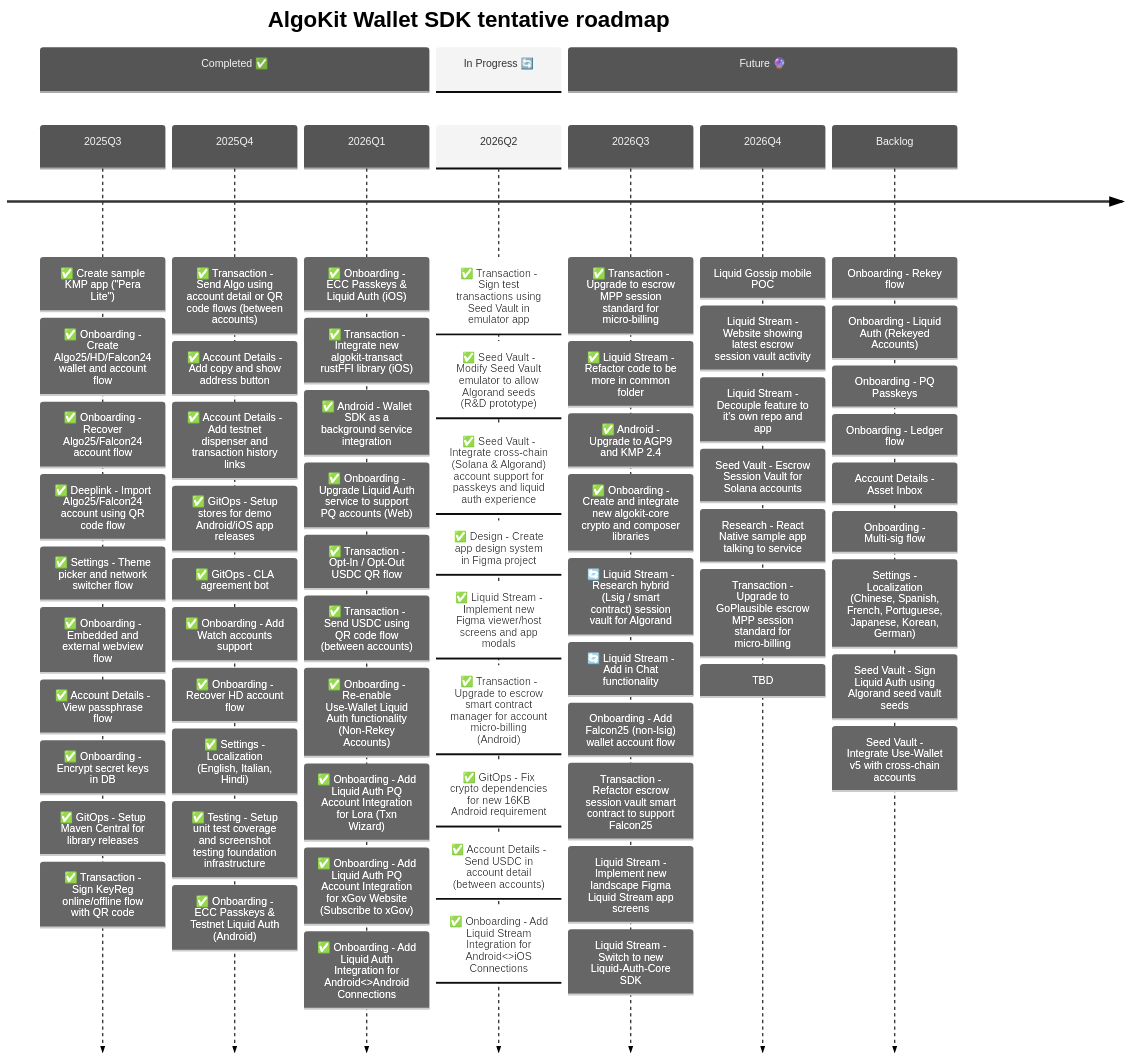
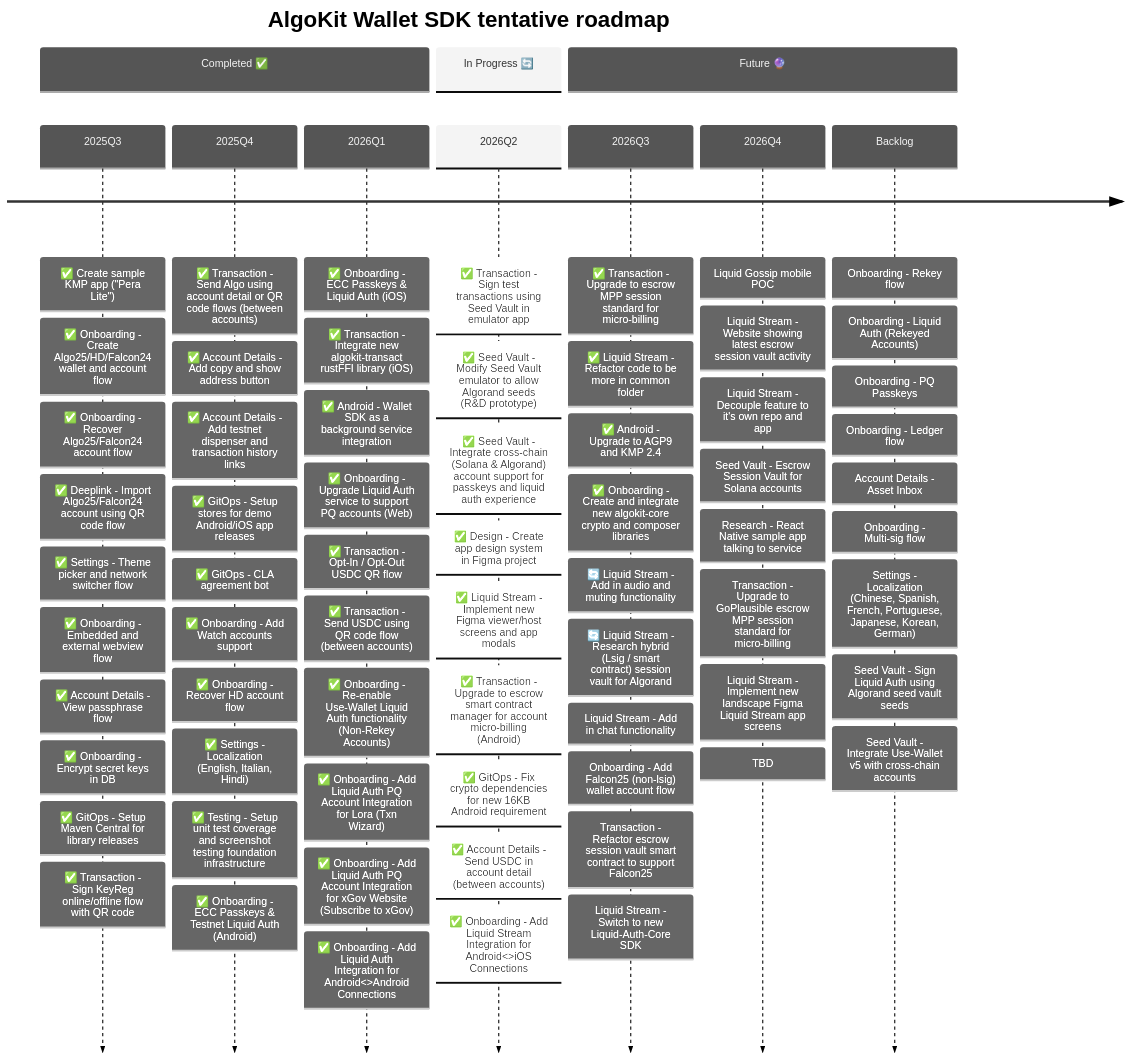
The second of 3 diagrams in README.md (michaeltchuangllc/algokit-walletsdk-kmp), drawn with Mermaid before and after one commit. The commit also changed 30 other files, not shown here.

Commit message:
feat: audio/video track added to liquid auth stream (#366)

```diff
--- a/README.md
+++ b/README.md
@@ -124,11 +124,11 @@
              : ✅ Liquid Stream - Refactor code to be more in common folder
              : ✅ Android - Upgrade to AGP9 and KMP 2.4
              : ✅ Onboarding - Create and integrate new algokit-core crypto and composer libraries
+             : 🔄 Liquid Stream - Add in audio and muting functionality
              : 🔄 Liquid Stream - Research hybrid (Lsig / smart contract) session vault for Algorand
-             : 🔄 Liquid Stream - Add in Chat functionality
+             : Liquid Stream - Add in chat functionality
              : Onboarding - Add Falcon25 (non-lsig) wallet account flow
              : Transaction - Refactor escrow session vault smart contract to support Falcon25
-             : Liquid Stream - Implement new landscape Figma Liquid Stream app screens
              : Liquid Stream - Switch to new Liquid-Auth-Core SDK
 
     2026Q4   
@@ -138,6 +138,7 @@
              : Seed Vault - Escrow Session Vault for Solana accounts 
              : Research - React Native sample app talking to service
              : Transaction - Upgrade to GoPlausible escrow MPP session standard for micro-billing
+             : Liquid Stream - Implement new landscape Figma Liquid Stream app screens
              : TBD
     Backlog
             : Onboarding - Rekey flow
```
